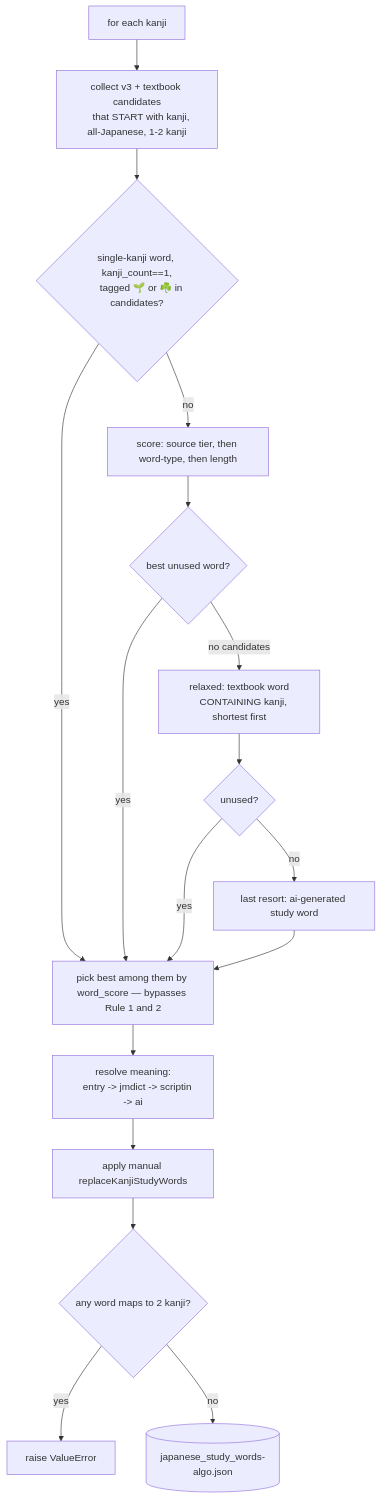
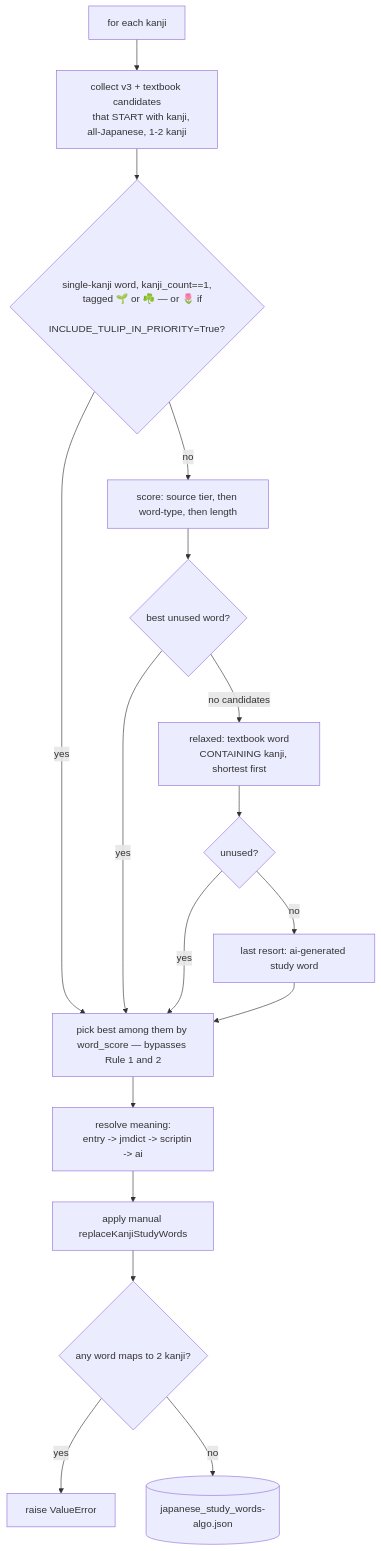
The fourth of 8 diagrams in notes/flowchart.md (PikaPikaGems/kanji-heatmap-data), drawn with Mermaid before and after one commit. The commit also changed 1 other file, not shown here.

Commit message:
Update study word algo

````diff
--- a/notes/flowchart.md
+++ b/notes/flowchart.md
@@ -199,23 +199,24 @@
 ```mermaid
 flowchart TD
     K[for each kanji] --> C[collect v3 + textbook candidates
     that START with kanji, all-Japanese, 1-2 kanji]
     C --> SR{single-kanji word, kanji_count==1,
-    tagged 🌱 or ☘️ in candidates?}
+    tagged 🌱 or ☘️ — or 🌷 if
+    INCLUDE_TULIP_IN_PRIORITY=True?}
     SR -- yes --> PICK[pick best among them by word_score — bypasses Rule 1 and 2]
     SR -- no --> SC[score: source tier, then word-type, then length]
     SC --> U{best unused word?}
     U -- yes --> PICK
     U -- no candidates --> FB[relaxed: textbook word
     CONTAINING kanji, shortest first]
     FB --> U2{unused?}
     U2 -- yes --> PICK
     U2 -- no --> AI[last resort: ai-generated study word]
     AI --> PICK
     PICK --> MEAN[resolve meaning:
     entry -> jmdict -> scriptin -> ai]
     MEAN --> MAN[apply manual replaceKanjiStudyWords]
     MAN --> DUP{any word maps to 2 kanji?}
     DUP -- yes --> ERR[raise ValueError]
     DUP -- no --> OUT[(japanese_study_words-algo.json)]
 ```
````
